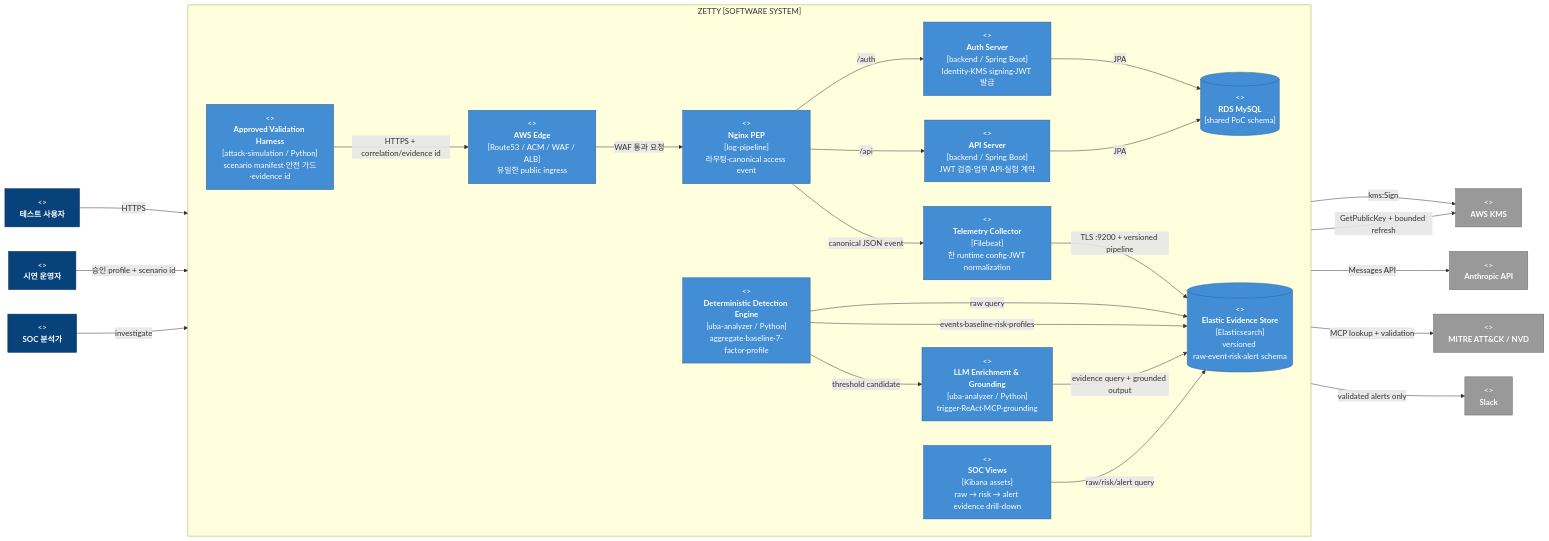
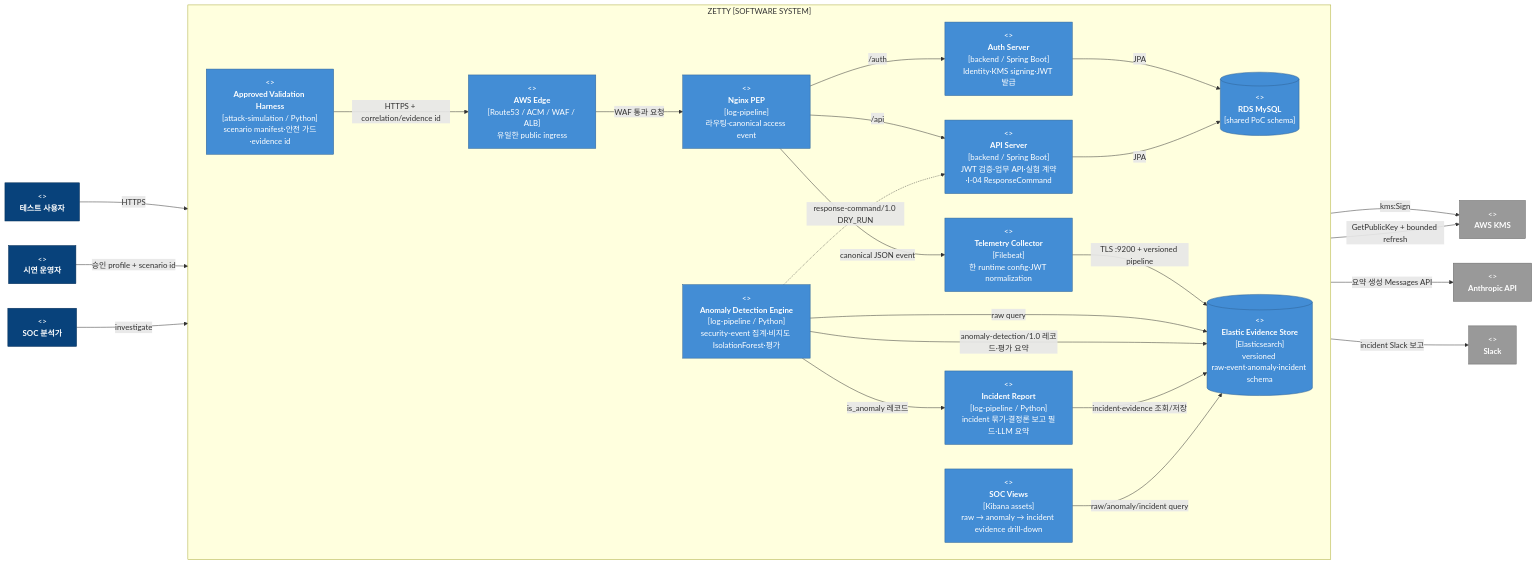
Before and after one commit to ZETTY-ZEROTRUST/backend: the second of 7 diagrams in docs/c4-to-be.md, drawn with Mermaid. The commit also changed other lines of this file and 4 other files, not shown here.

Commit message:
docs: v2 최종 기준으로 문서 정비(uba-analyzer→log-pipeline, 7-factor→IsolationForest 등)

````diff
--- a/docs/c4-to-be.md
+++ b/docs/c4-to-be.md
@@ -74,57 +75,56 @@
 ```mermaid
 flowchart LR
     user["<<person>><br/><b>테스트 사용자</b>"]
     operator["<<person>><br/><b>시연 운영자</b>"]
     analyst["<<person>><br/><b>SOC 분석가</b>"]
 
     subgraph ztty["ZETTY [SOFTWARE SYSTEM]"]
         direction LR
         harness["<<container>><br/><b>Approved Validation Harness</b><br/>[attack-simulation / Python]<br/>scenario manifest·안전 가드·evidence id"]
         edge["<<container>><br/><b>AWS Edge</b><br/>[Route53 / ACM / WAF / ALB]<br/>유일한 public ingress"]
         pep["<<container>><br/><b>Nginx PEP</b><br/>[log-pipeline]<br/>라우팅·canonical access event"]
         collector["<<container>><br/><b>Telemetry Collector</b><br/>[Filebeat]<br/>한 runtime config·JWT normalization"]
         auth["<<container>><br/><b>Auth Server</b><br/>[backend / Spring Boot]<br/>Identity·KMS signing·JWT 발급"]
-        api["<<container>><br/><b>API Server</b><br/>[backend / Spring Boot]<br/>JWT 검증·업무 API·실험 계약"]
+        api["<<container>><br/><b>API Server</b><br/>[backend / Spring Boot]<br/>JWT 검증·업무 API·실험 계약·I-04 ResponseCommand"]
         db[("<<container_db>><br/><b>RDS MySQL</b><br/>[shared PoC schema]")]
-        evidence[("<<container_db>><br/><b>Elastic Evidence Store</b><br/>[Elasticsearch]<br/>versioned raw·event·risk·alert schema")]
-        detect["<<container>><br/><b>Deterministic Detection Engine</b><br/>[uba-analyzer / Python]<br/>aggregate·baseline·7-factor·profile"]
-        enrich["<<container>><br/><b>LLM Enrichment & Grounding</b><br/>[uba-analyzer / Python]<br/>trigger·ReAct·MCP·grounding"]
-        portal["<<container>><br/><b>SOC Views</b><br/>[Kibana assets]<br/>raw → risk → alert evidence drill-down"]
+        evidence[("<<container_db>><br/><b>Elastic Evidence Store</b><br/>[Elasticsearch]<br/>versioned raw·event·anomaly·incident schema")]
+        detect["<<container>><br/><b>Anomaly Detection Engine</b><br/>[log-pipeline / Python]<br/>security-event 집계·비지도 IsolationForest·평가"]
+        enrich["<<container>><br/><b>Incident Report</b><br/>[log-pipeline / Python]<br/>incident 묶기·결정론 보고 필드·LLM 요약"]
+        portal["<<container>><br/><b>SOC Views</b><br/>[Kibana assets]<br/>raw → anomaly → incident evidence drill-down"]
     end
 
     kms["<<external_system>><br/><b>AWS KMS</b>"]
     anthropic["<<external_system>><br/><b>Anthropic API</b>"]
-    knowledge["<<external_system>><br/><b>MITRE ATT&CK / NVD</b>"]
     slack["<<external_system>><br/><b>Slack</b>"]
 
     user -->|HTTPS| edge
     operator -->|승인 profile + scenario id| harness
     harness -->|HTTPS + correlation/evidence id| edge
     edge -->|WAF 통과 요청| pep
     pep -->|/auth| auth
     pep -->|/api| api
     auth -->|JPA| db
     api -->|JPA| db
     auth -->|kms:Sign| kms
     api -->|GetPublicKey + bounded refresh| kms
     pep -->|canonical JSON event| collector
     collector -->|TLS :9200 + versioned pipeline| evidence
     detect -->|raw query| evidence
-    detect -->|events·baseline·risk·profiles| evidence
-    detect -->|threshold candidate| enrich
-    enrich -->|evidence query + grounded output| evidence
-    enrich -->|Messages API| anthropic
-    enrich -->|MCP lookup + validation| knowledge
-    enrich -->|validated alerts only| slack
+    detect -->|anomaly-detection/1.0 레코드·평가 요약| evidence
+    detect -.->|response-command/1.0 DRY_RUN| api
+    detect -->|is_anomaly 레코드| enrich
+    enrich -->|incident·evidence 조회/저장| evidence
+    enrich -->|요약 생성 Messages API| anthropic
+    enrich -->|incident Slack 보고| slack
     analyst -->|investigate| portal
-    portal -->|raw/risk/alert query| evidence
+    portal -->|raw/anomaly/incident query| evidence
 
     classDef person fill:#08427b,color:#fff,stroke:#052e56
     classDef container fill:#438dd5,color:#fff,stroke:#2e6295
     classDef database fill:#438dd5,color:#fff,stroke:#2e6295
     classDef external fill:#999,color:#fff,stroke:#666
     class user,operator,analyst person
     class harness,edge,pep,collector,auth,api,detect,enrich,portal container
     class db,evidence database
-    class kms,anthropic,knowledge,slack external
+    class kms,anthropic,slack external
 ```
````
